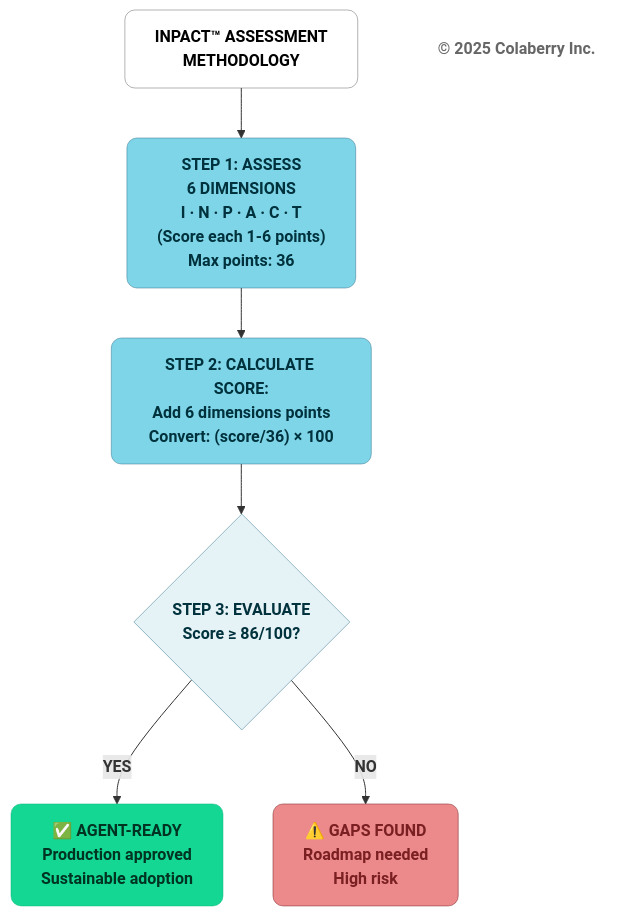
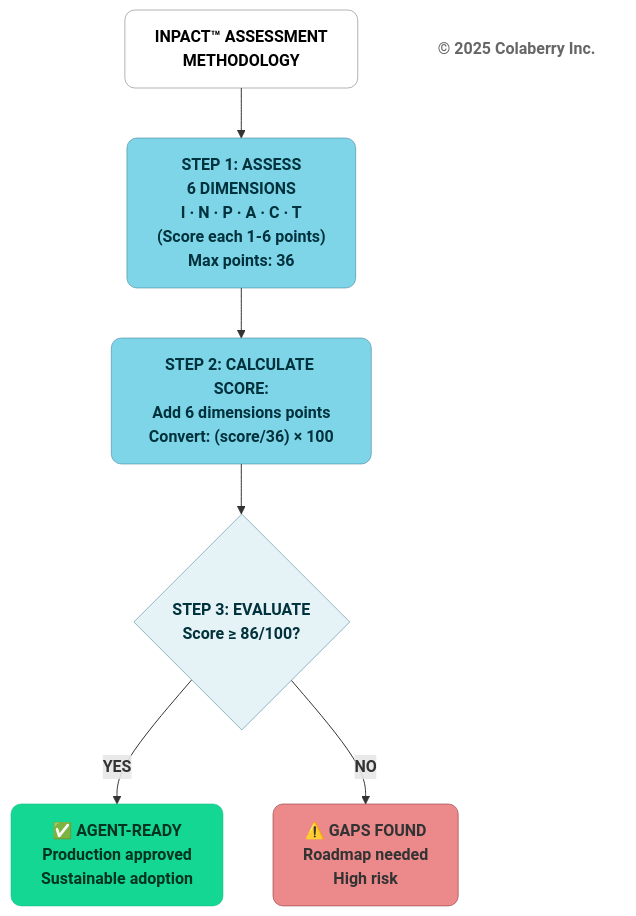
One commit to saitejesh-cyber/trust-before-intelligence-book changed the fifth of 12 diagrams in manuscript/03_chapter_2_inpact_framework.md. Above: the diagram before and after it, drawn with Mermaid. The commit also changed other lines of this file and 12 other files, not shown here.

````diff
--- a/manuscript/03_chapter_2_inpact_framework.md
+++ b/manuscript/03_chapter_2_inpact_framework.md
@@ -288,28 +288,28 @@
 ```mermaid
 graph TB
     TITLE["<b>INPACT™ ASSESSMENT<br/> METHODOLOGY</b>"]
     
     ASSESS["<b>STEP 1: ASSESS<br/> 6 DIMENSIONS</b><br/><b>I · N · P · A · C · T</b><br/><b>(Score each 1-6 points)</br>Max points: 36</b>"]
     
     CALC["<b>STEP 2: CALCULATE SCORE:</b><br/><b>Add 6 dimensions points</b><br/><b>Convert: (score/36) × 100</b>"]
     
     DECISION{"<b>STEP 3: EVALUATE</b><br/><b>Score ≥ 86/100?</b>"}
     
     READY["<b>✅ AGENT-READY</b><br/><b>Production approved</b><br/><b>Sustainable adoption</b>"]
     
     GAPS["<b>⚠️ GAPS FOUND</b><br/><b>Roadmap needed</b><br/><b>High risk</b>"]
     
     COPYRIGHT["<b>© 2025 Colaberry Inc.</b>"]
     
     TITLE --> ASSESS --> CALC --> DECISION
     DECISION -->|<b>YES</b>| READY
     DECISION -->|<b>NO</b>| GAPS
     
     style TITLE fill:#ffffff,stroke:#666666,stroke-width:0.5px,color:#000000,rx:10,ry:10
     style ASSESS fill:#7FD5E8,stroke:#32738C,stroke-width:0.5px,color:#00323D,rx:10,ry:10
     style CALC fill:#7FD5E8,stroke:#32738C,stroke-width:0.5px,color:#00323D,rx:10,ry:10
     style DECISION fill:#E6F3F6,stroke:#32738C,stroke-width:0.5px,color:#00323D,rx:10,ry:10
     style READY fill:#14D793,color:#003322,stroke:#0FB67D,stroke-width:0.5px,rx:10,ry:10
-    style GAPS fill:#EB898B,color:#7A1F22,stroke:#7A1F22,stroke-width:0.5px,rx:10,ry:10
+    style GAPS fill:#EB898B,color:##331010,stroke:#7A1F22,stroke-width:0.5px,rx:10,ry:10
     style COPYRIGHT fill:none,stroke:none,color:#666666
 ```
````
